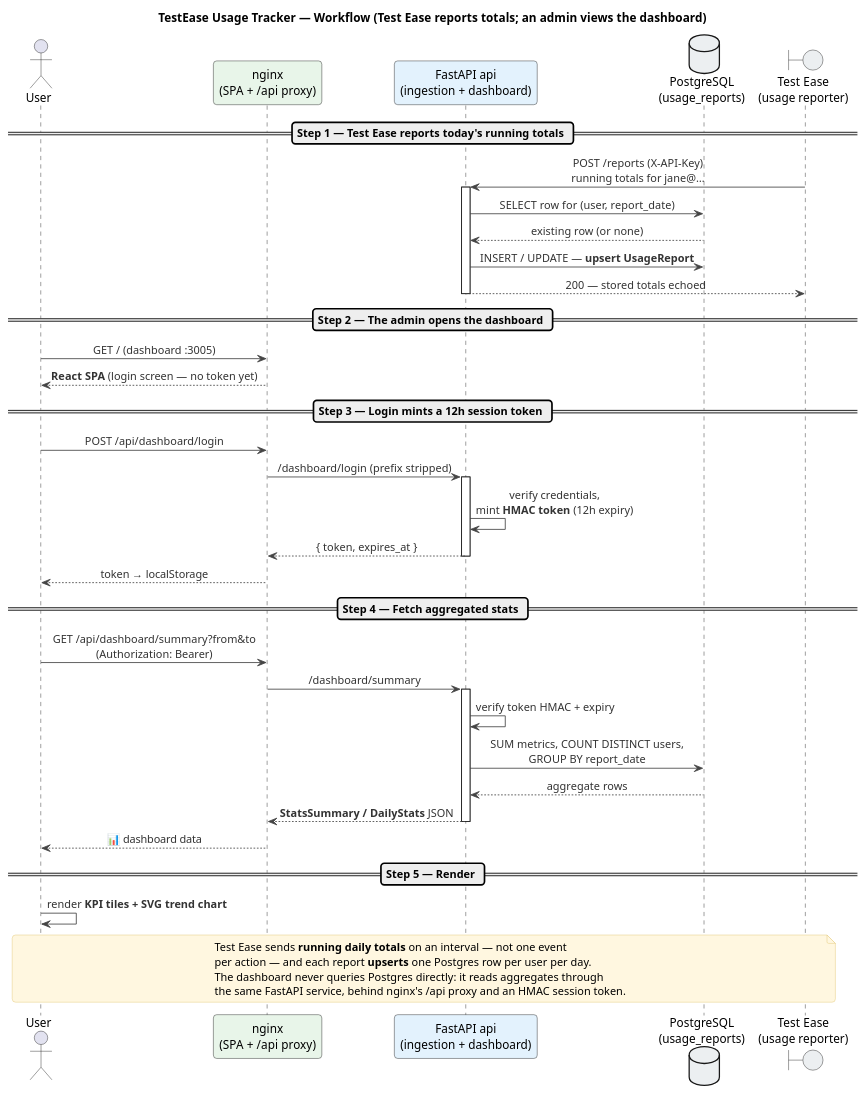
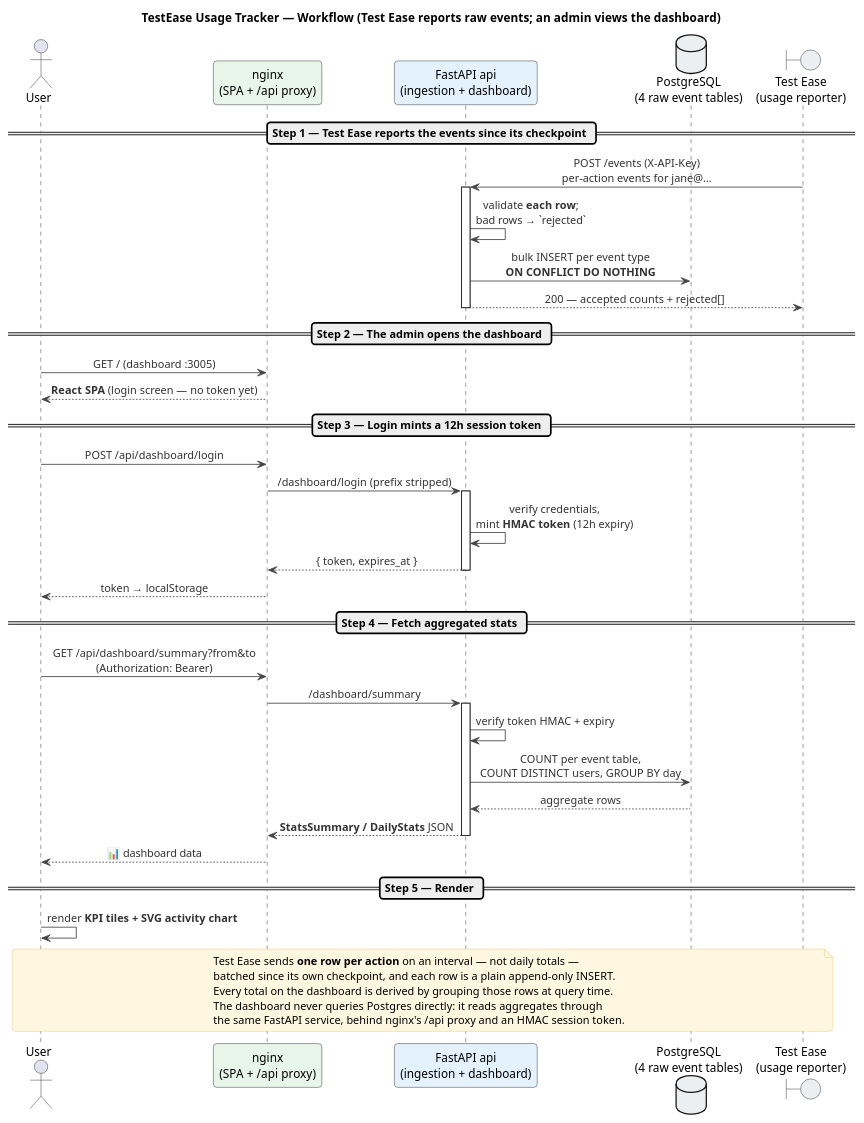
Before and after one commit to senthilp1989/usage-tracker: the diagram in docs/architecture/system-workflow.puml, drawn with PlantUML. The commit also changed 19 other files, not shown here.

```diff
--- a/docs/architecture/system-workflow.puml
+++ b/docs/architecture/system-workflow.puml
@@ -1,64 +1,64 @@
 @startuml system-workflow
-title TestEase Usage Tracker — Workflow (Test Ease reports totals; an admin views the dashboard)
+title TestEase Usage Tracker — Workflow (Test Ease reports raw events; an admin views the dashboard)
 
 skinparam backgroundColor #FFFFFF
 skinparam shadowing false
 skinparam sequenceMessageAlign center
 skinparam roundcorner 8
 skinparam ArrowColor #444444
 skinparam ArrowFontColor #333333
 skinparam NoteBackgroundColor #FFF7E0
 skinparam NoteBorderColor #E0C46C
 
 actor "User" as User
 
 participant "nginx\n(SPA + /api proxy)" as NGINX #E8F5E9
 participant "FastAPI api\n(ingestion + dashboard)" as API #E3F2FD
 
-database "PostgreSQL\n(usage_reports)" as DB #ECEFF1
+database "PostgreSQL\n(4 raw event tables)" as DB #ECEFF1
 boundary  "Test Ease\n(usage reporter)"  as TE #ECEFF1
 
-== Step 1 — Test Ease reports today's running totals ==
-TE -> API : POST /reports (X-API-Key)\nrunning totals for jane@…
+== Step 1 — Test Ease reports the events since its checkpoint ==
+TE -> API : POST /events (X-API-Key)\nper-action events for jane@…
 activate API
-API -> DB : SELECT row for (user, report_date)
-DB --> API : existing row (or none)
-API -> DB : INSERT / UPDATE — **upsert UsageReport**
-API --> TE : 200 — stored totals echoed
+API -> API : validate **each row**;\nbad rows → `rejected`
+API -> DB : bulk INSERT per event type\n**ON CONFLICT DO NOTHING**
+API --> TE : 200 — accepted counts + rejected[]
 deactivate API
 
 == Step 2 — The admin opens the dashboard ==
 User -> NGINX : GET / (dashboard :3005)
 NGINX --> User : **React SPA** (login screen — no token yet)
 
 == Step 3 — Login mints a 12h session token ==
 User -> NGINX : POST /api/dashboard/login
 NGINX -> API : /dashboard/login (prefix stripped)
 activate API
 API -> API : verify credentials,\nmint **HMAC token** (12h expiry)
 API --> NGINX : { token, expires_at }
 deactivate API
 NGINX --> User : token → localStorage
 
 == Step 4 — Fetch aggregated stats ==
 User -> NGINX : GET /api/dashboard/summary?from&to\n(Authorization: Bearer)
 NGINX -> API : /dashboard/summary
 activate API
 API -> API : verify token HMAC + expiry
-API -> DB : SUM metrics, COUNT DISTINCT users,\nGROUP BY report_date
+API -> DB : COUNT per event table,\nCOUNT DISTINCT users, GROUP BY day
 DB --> API : aggregate rows
 API --> NGINX : **StatsSummary / DailyStats** JSON
 deactivate API
 NGINX --> User : 📊 dashboard data
 
 == Step 5 — Render ==
-User -> User : render **KPI tiles + SVG trend chart**
+User -> User : render **KPI tiles + SVG activity chart**
 
 note across
-  Test Ease sends **running daily totals** on an interval — not one event
-  per action — and each report **upserts** one Postgres row per user per day.
+  Test Ease sends **one row per action** on an interval — not daily totals —
+  batched since its own checkpoint, and each row is a plain append-only INSERT.
+  Every total on the dashboard is derived by grouping those rows at query time.
   The dashboard never queries Postgres directly: it reads aggregates through
   the same FastAPI service, behind nginx's /api proxy and an HMAC session token.
 end note
 
 @enduml
```
